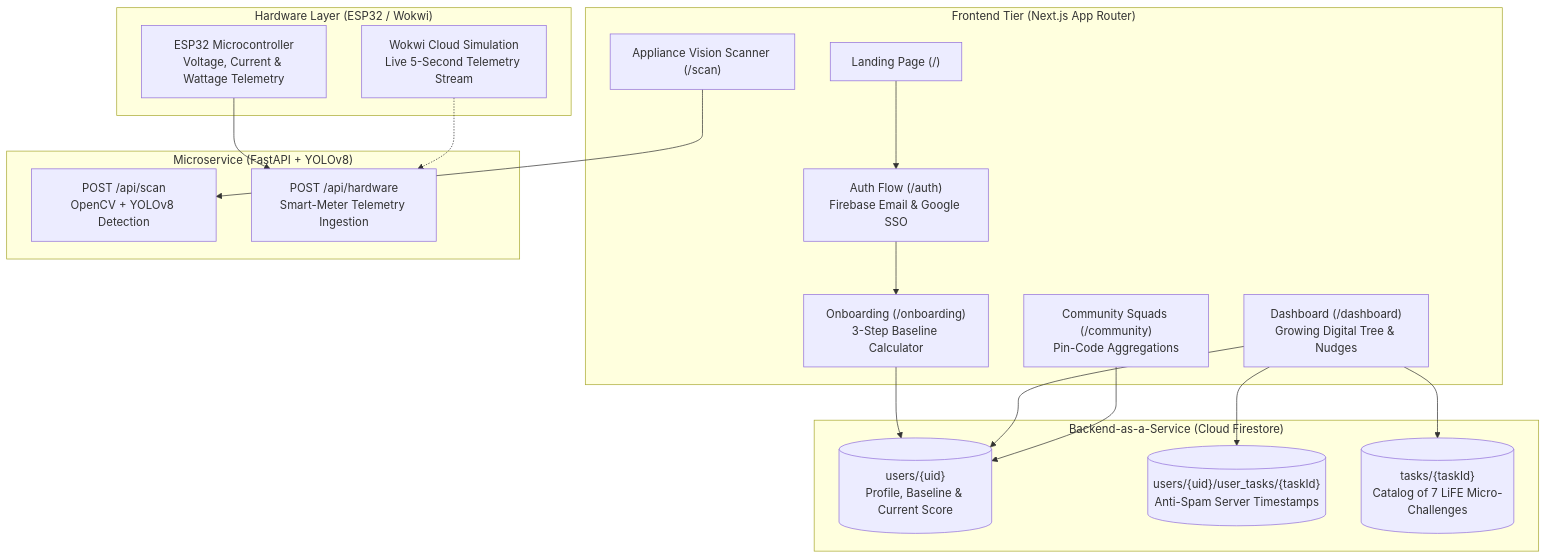
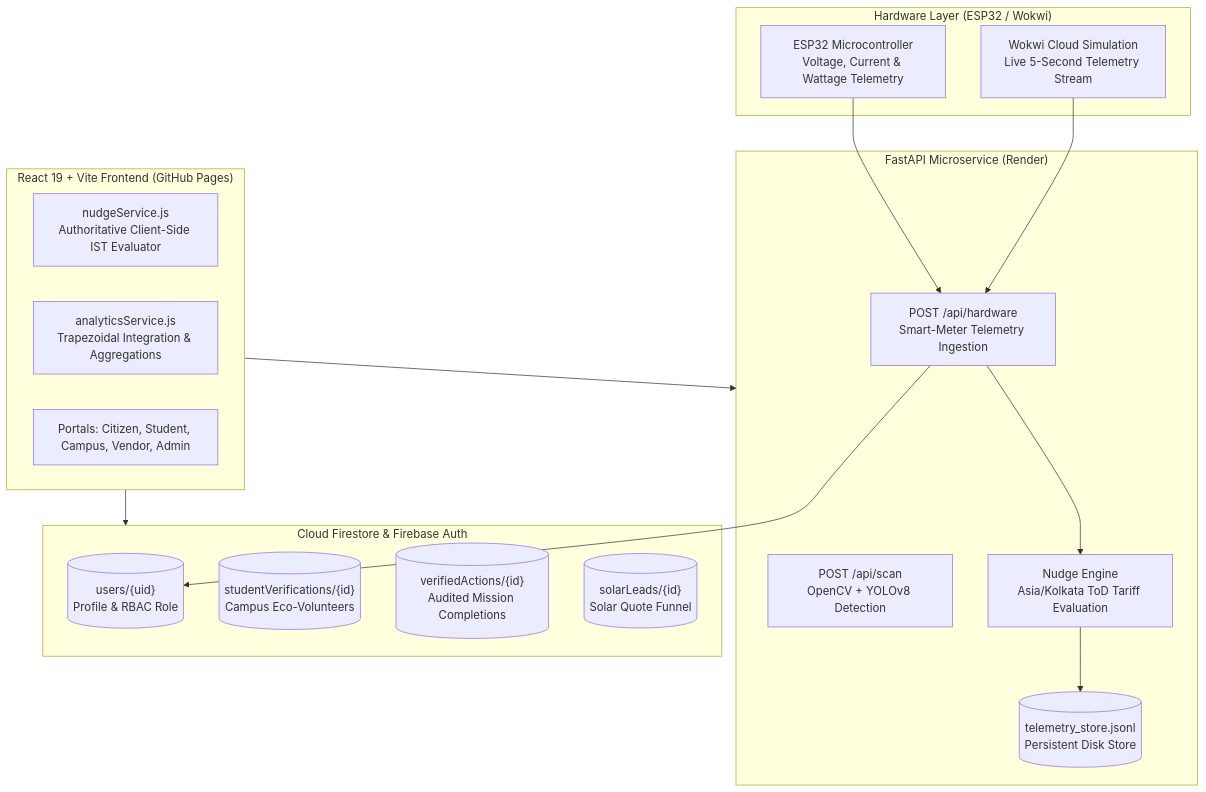
Before and after one commit to pratitdedhia/Mission-LiFE: the second of 2 diagrams in README.md, drawn with Mermaid. The commit also changed other lines of this file and 1 other file, not shown here.

Commit message:
docs(readme): update README to reflect full Mission LiFE platform architecture and features

````diff
--- a/README.md
+++ b/README.md
@@ -53,38 +82,35 @@
 ```mermaid
 flowchart TD
-    subgraph ClientTier["Frontend Tier (Next.js App Router)"]
-        Landing["Landing Page (/)"]
-        AuthView["Auth Flow (/auth)\nFirebase Email & Google SSO"]
-        OnboardingView["Onboarding (/onboarding)\n3-Step Baseline Calculator"]
-        DashboardView["Dashboard (/dashboard)\nGrowing Digital Tree & Nudges"]
-        SquadsView["Community Squads (/community)\nPin-Code Aggregations"]
-        VisionView["Appliance Vision Scanner (/scan)"]
-    end
-
-    subgraph FirebaseBaaS["Backend-as-a-Service (Cloud Firestore)"]
-        UsersCol[("users/{uid}\nProfile, Baseline & Current Score")]
-        UserTasksCol[("users/{uid}/user_tasks/{taskId}\nAnti-Spam Server Timestamps")]
-        TasksCol[("tasks/{taskId}\nCatalog of 7 LiFE Micro-Challenges")]
-    end
-
-    subgraph PythonMicroservice["Microservice (FastAPI + YOLOv8)"]
-        ScanEndpoint["POST /api/scan\nOpenCV + YOLOv8 Detection"]
-        HardwareEndpoint["POST /api/hardware\nSmart-Meter Telemetry Ingestion"]
-    end
-
     subgraph IoTLayer["Hardware Layer (ESP32 / Wokwi)"]
         ESP32Device["ESP32 Microcontroller\nVoltage, Current & Wattage Telemetry"]
         WokwiSimulation["Wokwi Cloud Simulation\nLive 5-Second Telemetry Stream"]
     end
 
-    Landing --> AuthView
-    AuthView --> OnboardingView
-    OnboardingView --> UsersCol
-    DashboardView --> UsersCol
-    DashboardView --> TasksCol
-    DashboardView --> UserTasksCol
-    SquadsView --> UsersCol
-    VisionView --> ScanEndpoint
+    subgraph PythonMicroservice["FastAPI Microservice (Render)"]
+        ScanEndpoint["POST /api/scan\nOpenCV + YOLOv8 Detection"]
+        HardwareEndpoint["POST /api/hardware\nSmart-Meter Telemetry Ingestion"]
+        NudgeEngine["Nudge Engine\nAsia/Kolkata ToD Tariff Evaluation"]
+        DurableLedger[("telemetry_store.jsonl\nPersistent Disk Store")]
+    end
+
+    subgraph FirebaseBaaS["Cloud Firestore & Firebase Auth"]
+        UsersCol[("users/{uid}\nProfile & RBAC Role")]
+        VerificationsCol[("studentVerifications/{id}\nCampus Eco-Volunteers")]
+        ActionsCol[("verifiedActions/{id}\nAudited Mission Completions")]
+        LeadsCol[("solarLeads/{id}\nSolar Quote Funnel")]
+    end
+
+    subgraph FrontendApp["React 19 + Vite Frontend (GitHub Pages)"]
+        NudgeService["nudgeService.js\nAuthoritative Client-Side IST Evaluator"]
+        AnalyticsService["analyticsService.js\nTrapezoidal Integration & Aggregations"]
+        UI["Portals: Citizen, Student, Campus, Vendor, Admin"]
+    end
+
     ESP32Device --> HardwareEndpoint
-    WokwiSimulation -.-> HardwareEndpoint
+    WokwiSimulation --> HardwareEndpoint
+    HardwareEndpoint --> NudgeEngine
+    NudgeEngine --> DurableLedger
+    HardwareEndpoint --> UsersCol
+    FrontendApp --> FirebaseBaaS
+    FrontendApp --> PythonMicroservice
 ```
````
